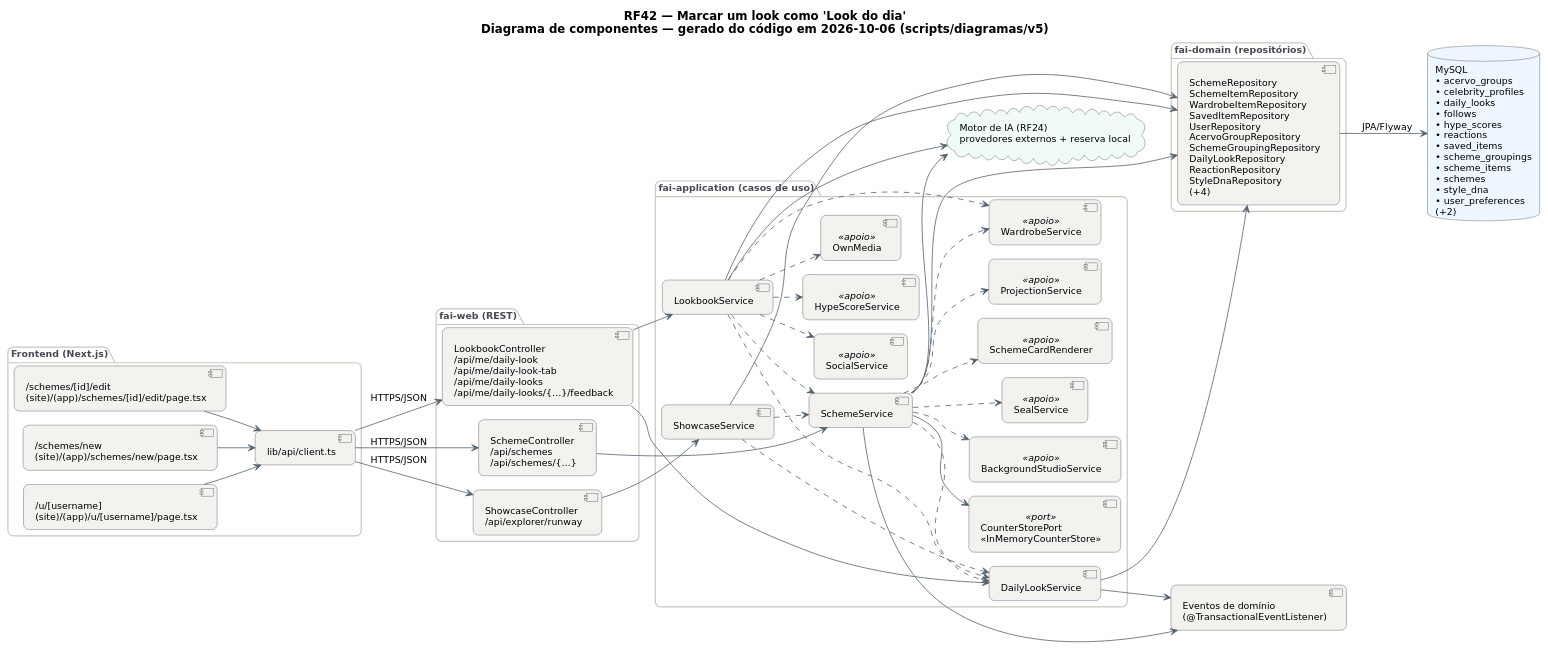
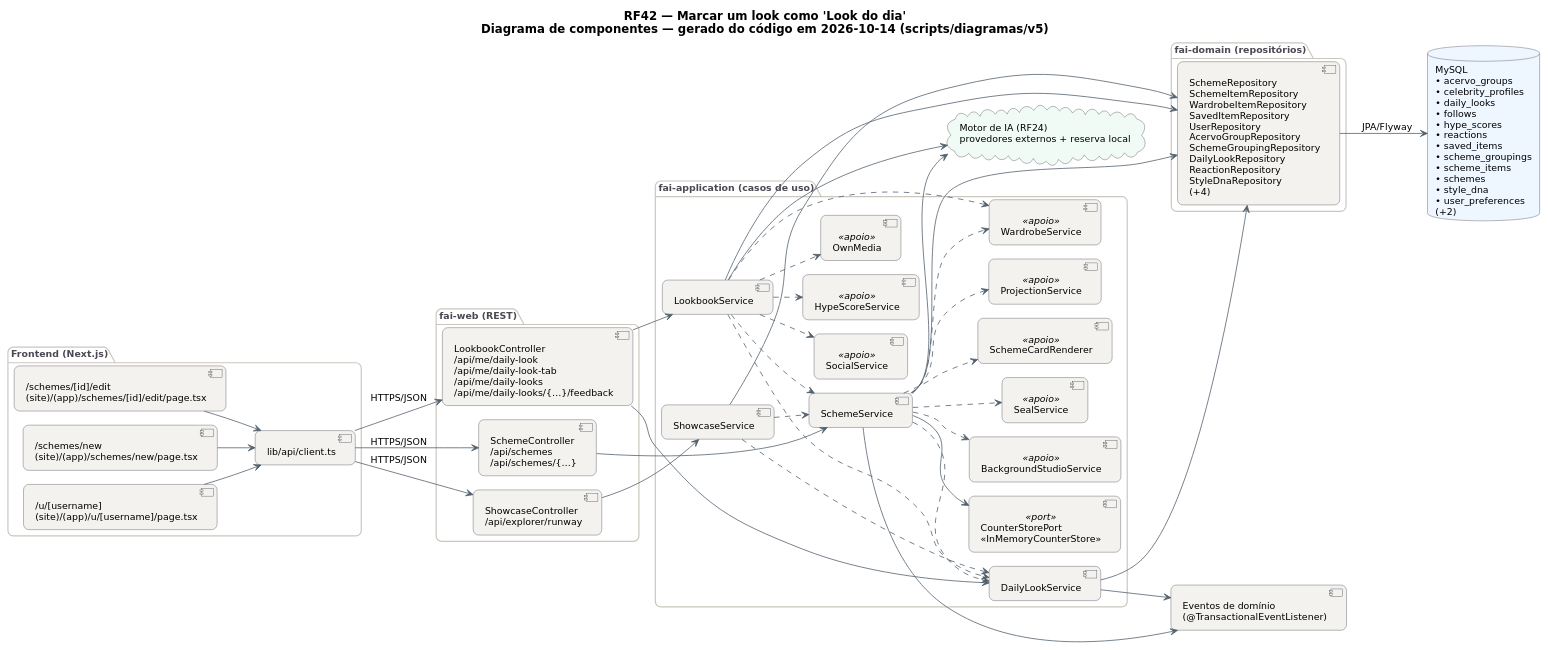
The diagram in docs/diagramas/RF42/RF42-componentes.puml (MatheusHaliski/tcc-2026-fashion-ai-backend), drawn with PlantUML before and after one commit. The commit also changed 800 other files, not shown here.

Commit message:
Adiciona composições AURA, bordas Metamorfose, guia visual e atualiza diagramas

```diff
--- a/docs/diagramas/RF42/RF42-componentes.puml
+++ b/docs/diagramas/RF42/RF42-componentes.puml
@@ -1,100 +1,100 @@
 @startuml RF42_Componentes
 !pragma layout smetana
 skinparam backgroundColor #FFFFFF
 skinparam shadowing false
 skinparam defaultFontName "DejaVu Sans"
 skinparam defaultFontSize 12
 skinparam titleFontSize 15
 skinparam roundcorner 14
 skinparam ArrowColor #52606D
 skinparam note {
   BackgroundColor #FFFDEB
   BorderColor #D8CE78
   FontColor #554F24
 }
 skinparam component {
   BackgroundColor #F4F2EF
   BorderColor #4A4852
 }
 skinparam package {
   BorderColor #CBC6BE
   FontColor #4A4852
 }
 skinparam database {
   BackgroundColor #EEF6FF
   BorderColor #4A4852
 }
 skinparam cloud {
   BackgroundColor #F0FBF6
   BorderColor #4A4852
 }
 left to right direction
-title RF42 — Marcar um look como 'Look do dia'\nDiagrama de componentes — gerado do código em 2026-10-06 (scripts/diagramas/v5)
+title RF42 — Marcar um look como 'Look do dia'\nDiagrama de componentes — gerado do código em 2026-10-14 (scripts/diagramas/v5)
 
 package "Frontend (Next.js)" {
   component "/schemes/[id]/edit\n(site)/(app)/schemes/[id]/edit/page.tsx" as FE0
   component "/schemes/new\n(site)/(app)/schemes/new/page.tsx" as FE1
   component "/u/[username]\n(site)/(app)/u/[username]/page.tsx" as FE2
   component "lib/api/client.ts" as APIC
 }
 package "fai-web (REST)" {
   component "LookbookController\n/api/me/daily-look\n/api/me/daily-look-tab\n/api/me/daily-looks\n/api/me/daily-looks/{…}/feedback" as LookbookController
   component "SchemeController\n/api/schemes\n/api/schemes/{…}" as SchemeController
   component "ShowcaseController\n/api/explorer/runway" as ShowcaseController
 }
 package "fai-application (casos de uso)" {
   component "LookbookService" as LookbookService
   component "DailyLookService" as DailyLookService
   component "SchemeService" as SchemeService
   component "ShowcaseService" as ShowcaseService
   component "WardrobeService" as WardrobeService <<apoio>>
   component "SocialService" as SocialService <<apoio>>
   component "HypeScoreService" as HypeScoreService <<apoio>>
   component "OwnMedia" as OwnMedia <<apoio>>
   component "BackgroundStudioService" as BackgroundStudioService <<apoio>>
   component "SealService" as SealService <<apoio>>
   component "SchemeCardRenderer" as SchemeCardRenderer <<apoio>>
   component "ProjectionService" as ProjectionService <<apoio>>
   component "CounterStorePort\n«InMemoryCounterStore»" as CounterStorePort <<port>>
 }
 package "fai-domain (repositórios)" {
   component "SchemeRepository\nSchemeItemRepository\nWardrobeItemRepository\nSavedItemRepository\nUserRepository\nAcervoGroupRepository\nSchemeGroupingRepository\nDailyLookRepository\nReactionRepository\nStyleDnaRepository\n(+4)" as REPO_MySQL
 }
 database "MySQL\n• acervo_groups\n• celebrity_profiles\n• daily_looks\n• follows\n• hype_scores\n• reactions\n• saved_items\n• scheme_groupings\n• scheme_items\n• schemes\n• style_dna\n• user_preferences\n(+2)" as DB_MySQL
 cloud "Motor de IA (RF24)\nprovedores externos + reserva local" as AI
 component "Eventos de domínio\n(@TransactionalEventListener)" as EV
 APIC --> LookbookController : HTTPS/JSON
 APIC --> SchemeController : HTTPS/JSON
 APIC --> ShowcaseController : HTTPS/JSON
 DailyLookService --> EV
 DailyLookService --> REPO_MySQL
 FE0 --> APIC
 FE1 --> APIC
 FE2 --> APIC
 LookbookController --> DailyLookService
 LookbookController --> LookbookService
 LookbookService --> AI
 LookbookService --> REPO_MySQL
 LookbookService ..> DailyLookService
 LookbookService ..> HypeScoreService
 LookbookService ..> OwnMedia
 LookbookService ..> SchemeService
 LookbookService ..> SocialService
 LookbookService ..> WardrobeService
 REPO_MySQL --> DB_MySQL : JPA/Flyway
 SchemeController --> SchemeService
 SchemeService --> AI
 SchemeService --> CounterStorePort
 SchemeService --> EV
 SchemeService --> REPO_MySQL
 SchemeService ..> BackgroundStudioService
 SchemeService ..> DailyLookService
 SchemeService ..> ProjectionService
 SchemeService ..> SchemeCardRenderer
 SchemeService ..> SealService
 SchemeService ..> WardrobeService
 ShowcaseController --> ShowcaseService
 ShowcaseService --> REPO_MySQL
 ShowcaseService ..> DailyLookService
 ShowcaseService ..> SchemeService
 @enduml
```
